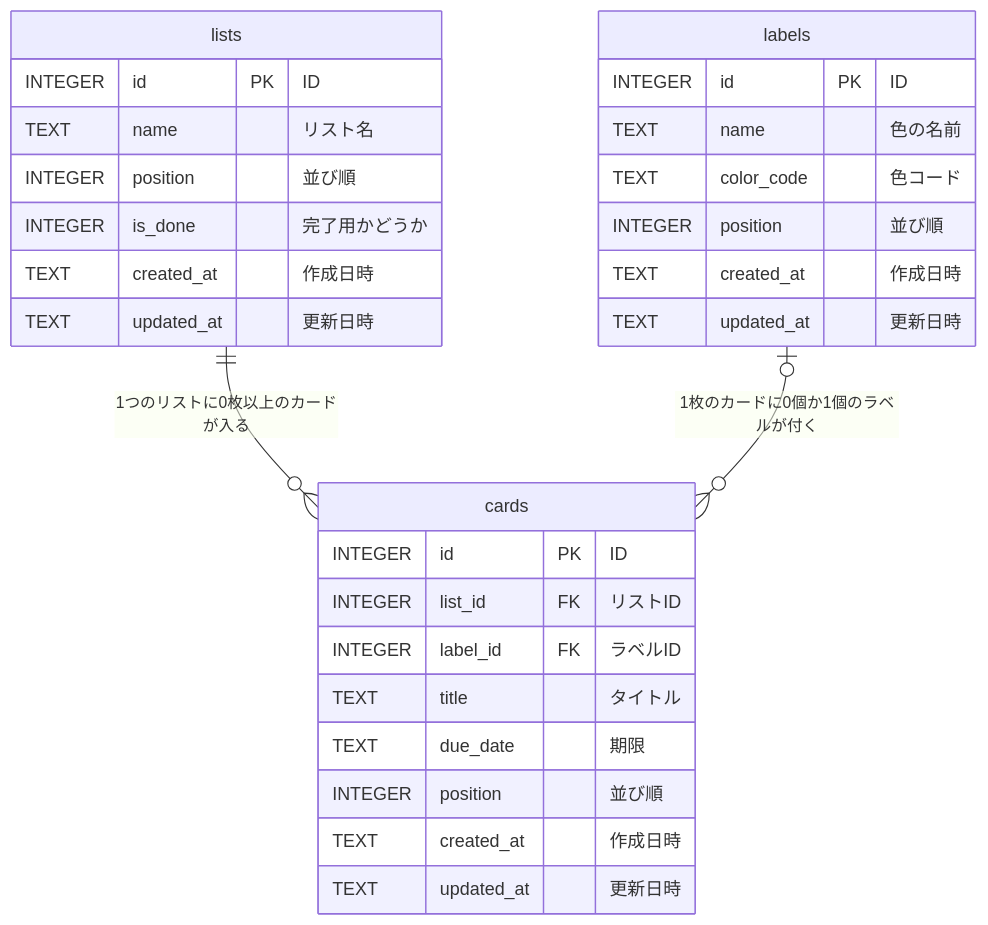
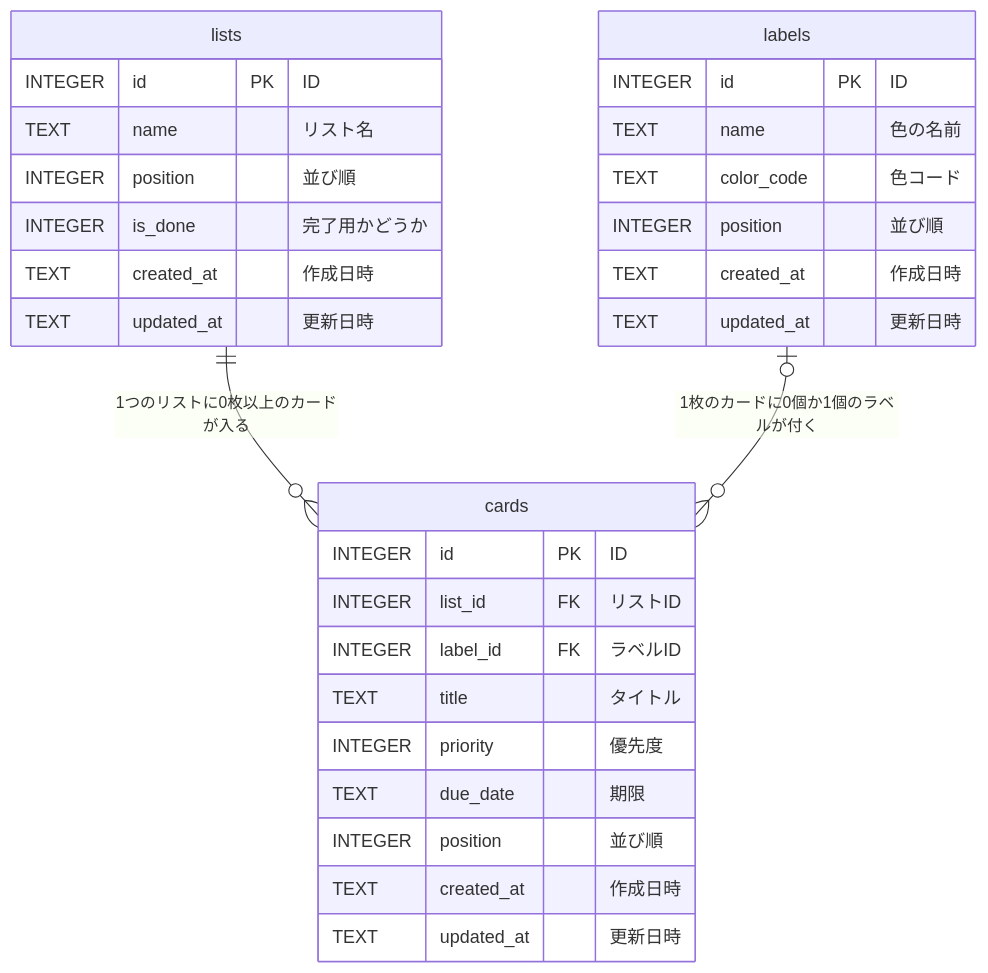
The diagram in docs/er-diagram.md (JunUemura86/Taskmanagement), drawn with Mermaid before and after one commit. The commit also changed other lines of this file and 7 other files, not shown here.

````diff
--- a/docs/er-diagram.md
+++ b/docs/er-diagram.md
@@ -38,34 +40,35 @@
 ```mermaid
 erDiagram
     lists ||--o{ cards : "1つのリストに0枚以上のカードが入る"
     labels |o--o{ cards : "1枚のカードに0個か1個のラベルが付く"
 
     lists {
         INTEGER id PK "ID"
         TEXT name "リスト名"
         INTEGER position "並び順"
         INTEGER is_done "完了用かどうか"
         TEXT created_at "作成日時"
         TEXT updated_at "更新日時"
     }
 
     cards {
         INTEGER id PK "ID"
         INTEGER list_id FK "リストID"
         INTEGER label_id FK "ラベルID"
         TEXT title "タイトル"
+        INTEGER priority "優先度"
         TEXT due_date "期限"
         INTEGER position "並び順"
         TEXT created_at "作成日時"
         TEXT updated_at "更新日時"
     }
 
     labels {
         INTEGER id PK "ID"
         TEXT name "色の名前"
         TEXT color_code "色コード"
         INTEGER position "並び順"
         TEXT created_at "作成日時"
         TEXT updated_at "更新日時"
     }
 ```
````
